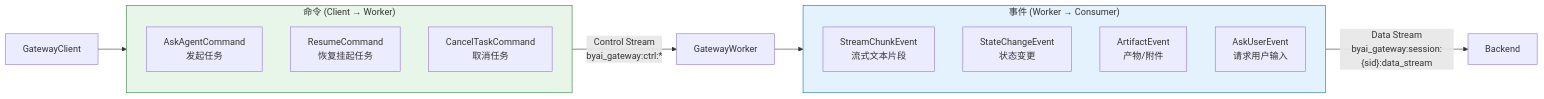
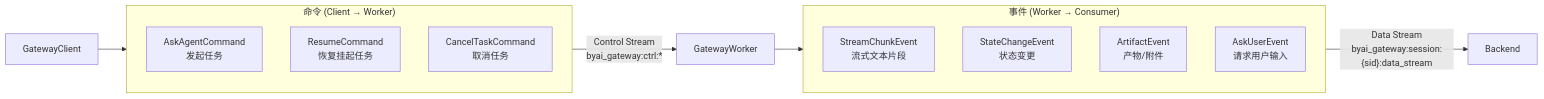
The first of 5 diagrams in docs/architecture/protocol.md (beyonai/by-framework-docs), drawn with Mermaid before and after one commit. The commit also changed other lines of this file and 46 other files, not shown here.

````diff
--- a/docs/architecture/protocol.md
+++ b/docs/architecture/protocol.md
@@ -7,25 +7,23 @@
 ```mermaid
 graph LR
     subgraph 命令 ["命令 (Client → Worker)"]
         direction TB
         A1["AskAgentCommand<br/>发起任务"]
         A2["ResumeCommand<br/>恢复挂起任务"]
         A3["CancelTaskCommand<br/>取消任务"]
     end
 
     subgraph 事件 ["事件 (Worker → Consumer)"]
         direction TB
         E1["StreamChunkEvent<br/>流式文本片段"]
         E2["StateChangeEvent<br/>状态变更"]
         E3["ArtifactEvent<br/>产物/附件"]
         E4["AskUserEvent<br/>请求用户输入"]
     end
 
     Client["GatewayClient"] --> 命令
     命令 -->|"Control Stream<br/>byai_gateway:ctrl:*"| Worker["GatewayWorker"]
     Worker --> 事件
     事件 -->|"Data Stream<br/>byai_gateway:session:{sid}:data_stream"| Consumer["Backend"]
 
-    style 命令 fill:#e8f5e9,stroke:#2e7d32
-    style 事件 fill:#e3f2fd,stroke:#1565c0
 ```
````
